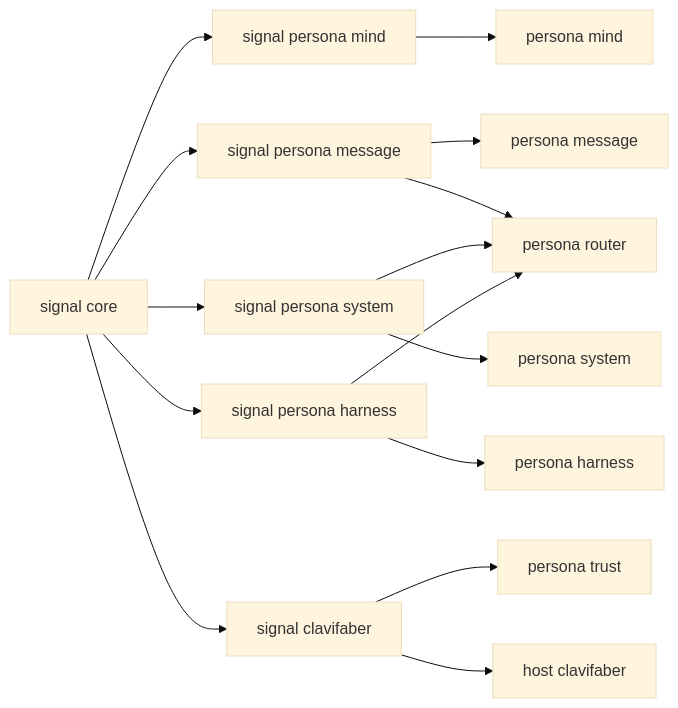
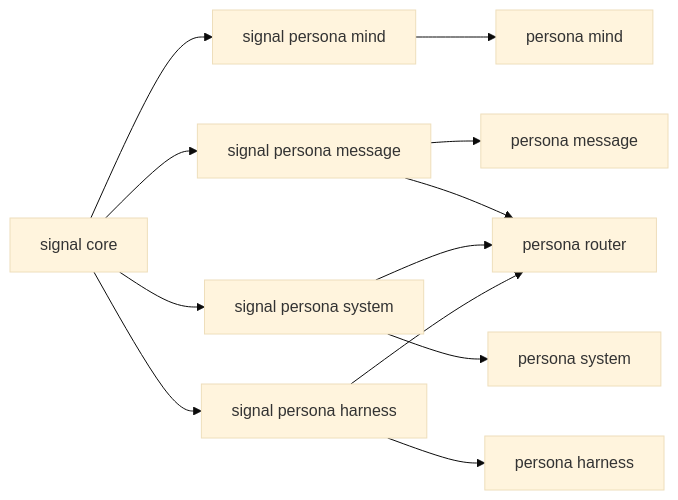
Before and after one commit to LiGoldragon/persona: the second of 6 diagrams in ARCHITECTURE.md, drawn with Mermaid (base theme). The commit also changed other lines of this file, not shown here.

Commit message:
architecture: roll back cluster-trust additions; auth/security is criome-shaped not persona-shaped

````diff
--- a/ARCHITECTURE.md
+++ b/ARCHITECTURE.md
@@ -109,17 +95,14 @@
 ```mermaid
 graph LR
     signal_core[signal core] --> mind_contract[signal persona mind]
     signal_core --> message_contract[signal persona message]
     signal_core --> system_contract[signal persona system]
     signal_core --> harness_contract[signal persona harness]
     mind_contract --> mind[persona mind]
     message_contract --> message[persona message]
     message_contract --> router[persona router]
     system_contract --> system[persona system]
     system_contract --> router
     harness_contract --> router
     harness_contract --> harness[persona harness]
-    signal_core --> clavifaber_contract[signal clavifaber]
-    clavifaber_contract --> trust[persona trust]
-    clavifaber_contract --> host_clavifaber[host clavifaber]
 ```
````
